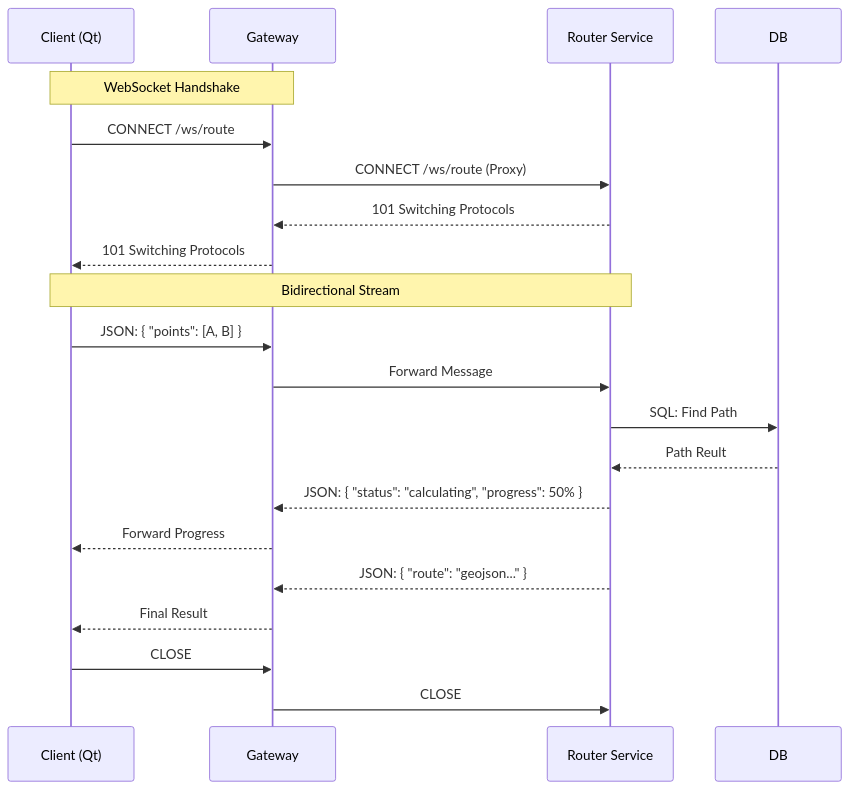
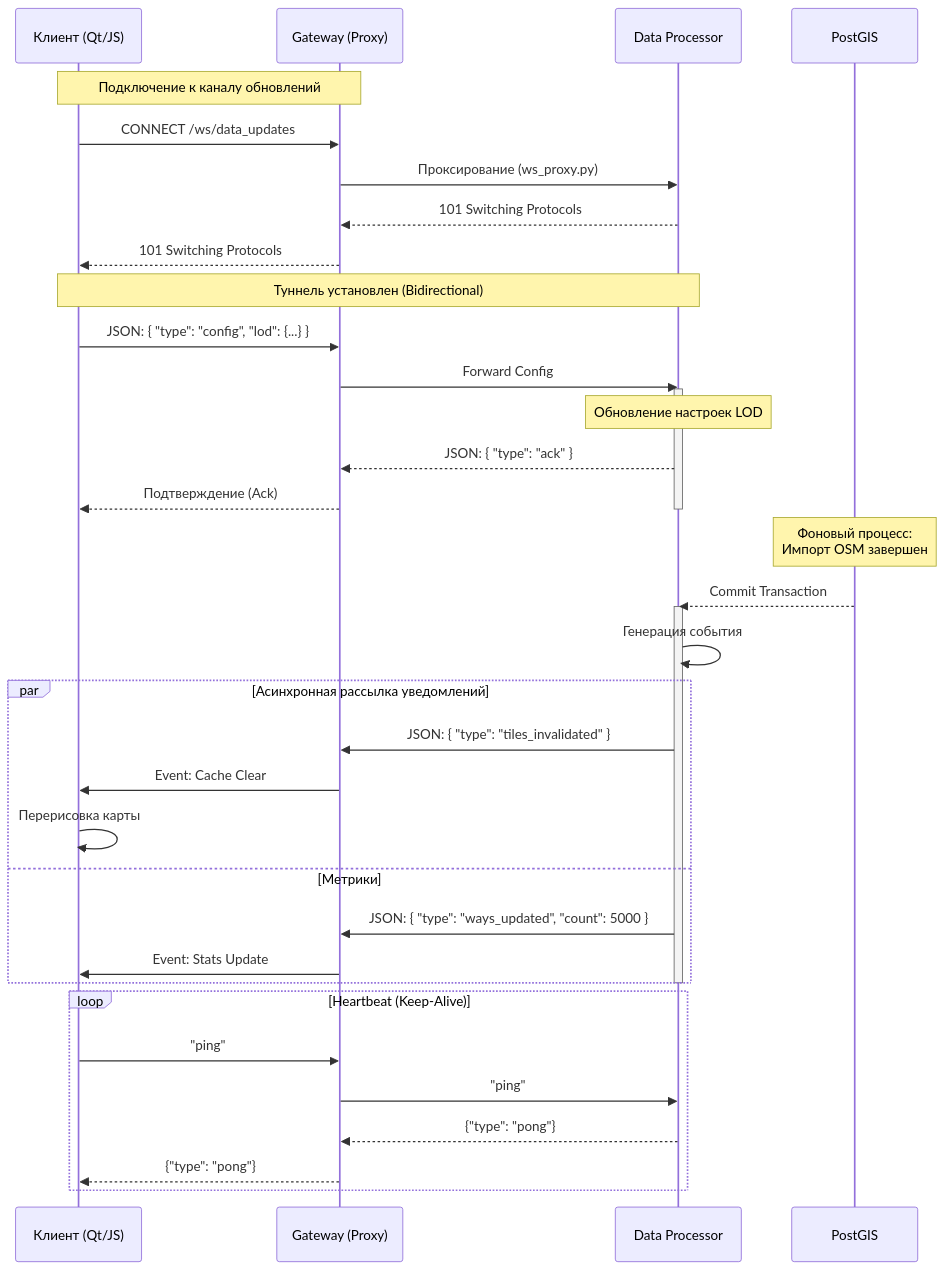
Before and after one commit to L1CH7/magistracy-diplom-iu12-docs: the diagram in assets/diagrams/03-gateway-seq.mmd, drawn with Mermaid. The commit also changed 13 other files, not shown here.

Commit message:
feat(mmd) - актуализировал мермейд диаграммы. теперь красота

```diff
--- a/assets/diagrams/03-gateway-seq.mmd
+++ b/assets/diagrams/03-gateway-seq.mmd
@@ -1,28 +1,45 @@
 sequenceDiagram
-    participant C as Client (Qt)
-    participant G as Gateway
-    participant R as Router Service
-    participant D as DB
+    participant C as Клиент (Qt/JS)
+    participant G as Gateway (Proxy)
+    participant DP as Data Processor
+    participant DB as PostGIS
 
-    Note over C, G: WebSocket Handshake
-    C->>G: CONNECT /ws/route
-    G->>R: CONNECT /ws/route (Proxy)
-    R-->>G: 101 Switching Protocols
+    Note over C, G: Подключение к каналу обновлений
+    C->>G: CONNECT /ws/data_updates
+    G->>DP: Проксирование (ws_proxy.py)
+    DP-->>G: 101 Switching Protocols
     G-->>C: 101 Switching Protocols
     
-    Note over C, R: Bidirectional Stream
+    Note over C, DP: Туннель установлен (Bidirectional)
     
-    C->>G: JSON: { "points": [A, B] }
-    G->>R: Forward Message
+    %% Сценарий 1: Управление конфигурацией
+    C->>G: JSON: { "type": "config", "lod": {...} }
+    G->>DP: Forward Config
+    activate DP
+    Note over DP: Обновление настроек LOD
+    DP-->>G: JSON: { "type": "ack" }
+    G-->>C: Подтверждение (Ack)
+    deactivate DP
     
-    R->>D: SQL: Find Path
-    D-->>R: Path Reult
+    %% Сценарий 2: Реакция на изменение данных (МАССИВНАЯ ЧАСТЬ)
+    Note over DB: Фоновый процесс:<br/>Импорт OSM завершен
+    DB-->>DP: Commit Transaction
+    activate DP
+    DP->>DP: Генерация события
+    par Асинхронная рассылка уведомлений
+        DP->>G: JSON: { "type": "tiles_invalidated" }
+        G->>C: Event: Cache Clear
+        C->>C: Перерисовка карты
+    and Метрики
+        DP->>G: JSON: { "type": "ways_updated", "count": 5000 }
+        G->>C: Event: Stats Update
+    end
+    deactivate DP
     
-    R-->>G: JSON: { "status": "calculating", "progress": 50% }
-    G-->>C: Forward Progress
-    
-    R-->>G: JSON: { "route": "geojson..." }
-    G-->>C: Final Result
-    
-    C->>G: CLOSE
-    G->>R: CLOSE
+    %% Сценарий 3: Heartbeat
+    loop Heartbeat (Keep-Alive)
+        C->>G: "ping"
+        G->>DP: "ping"
+        DP-->>G: {"type": "pong"}
+        G-->>C: {"type": "pong"}
+    end
```
